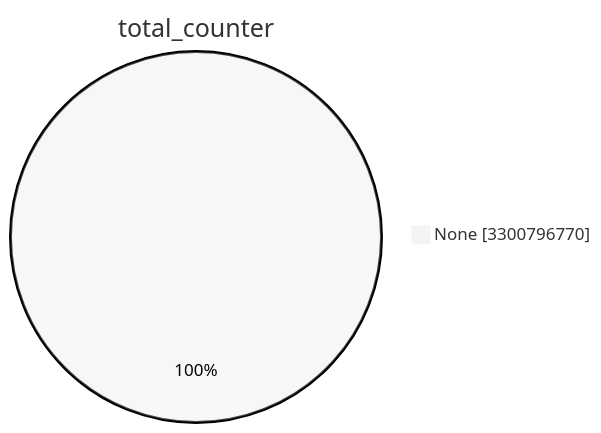
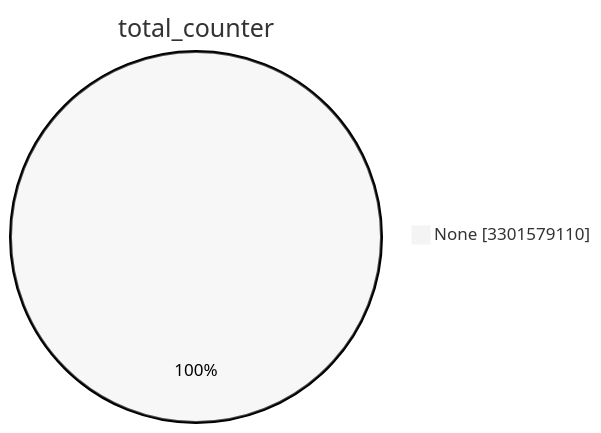
One commit to christiankrug/ctmonitor_visualization changed the first of 15 diagrams in TOTAL/README.md. Above: the diagram before and after it, drawn with Mermaid (neutral theme). The commit also changed other lines of this file, not shown here.

````diff
--- a/TOTAL/README.md
+++ b/TOTAL/README.md
@@ -1,5 +1,5 @@
 ```mermaid
 pie showData
 title total_counter
-"None" :3300796770
+"None" :3301579110
 ```
````
